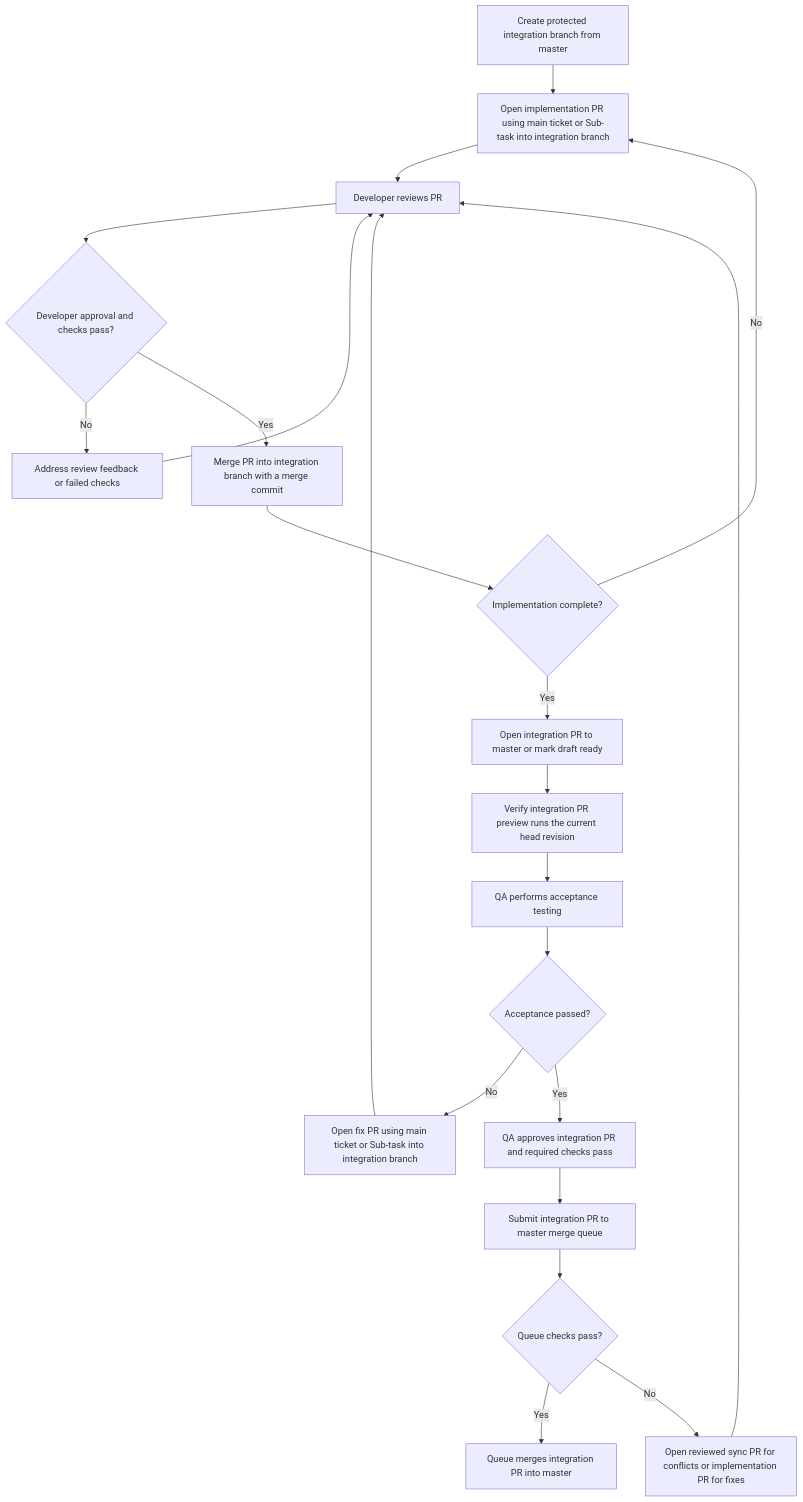
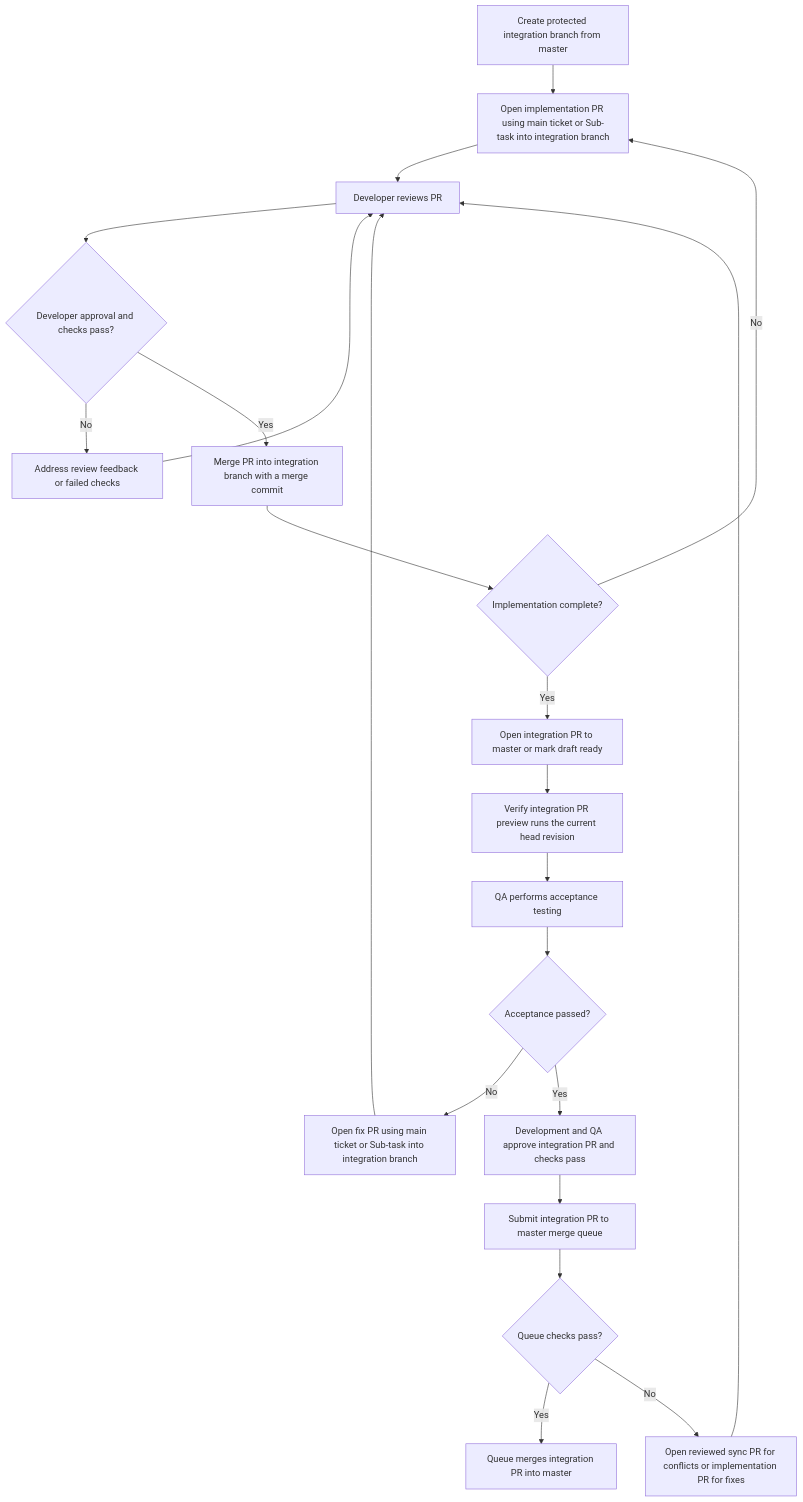
The diagram in guides/process/development.md (Simon-Initiative/oli-torus), drawn with Mermaid before and after one commit. The commit also changed other lines of this file and 6 other files, not shown here.

````diff
--- a/guides/process/development.md
+++ b/guides/process/development.md
@@ -36,30 +56,30 @@
 ```mermaid
 flowchart TD
     A[Create protected integration branch from master]
     B[Open implementation PR using main ticket or Sub-task into integration branch]
     C[Developer reviews PR]
     D{Developer approval and checks pass?}
     E[Address review feedback or failed checks]
     F[Merge PR into integration branch with a merge commit]
     G{Implementation complete?}
     H[Open integration PR to master or mark draft ready]
     I[Verify integration PR preview runs the current head revision]
     J[QA performs acceptance testing]
     K{Acceptance passed?}
     L[Open fix PR using main ticket or Sub-task into integration branch]
-    M[QA approves integration PR and required checks pass]
+    M[Development and QA approve integration PR and checks pass]
     N[Submit integration PR to master merge queue]
     O{Queue checks pass?}
     P[Queue merges integration PR into master]
     Q[Open reviewed sync PR for conflicts or implementation PR for fixes]
 
     A --> B --> C --> D
     D -->|No| E --> C
     D -->|Yes| F --> G
     G -->|No| B
     G -->|Yes| H --> I --> J --> K
     K -->|No| L --> C
     K -->|Yes| M --> N --> O
     O -->|Yes| P
     O -->|No| Q --> C
 ```
````
